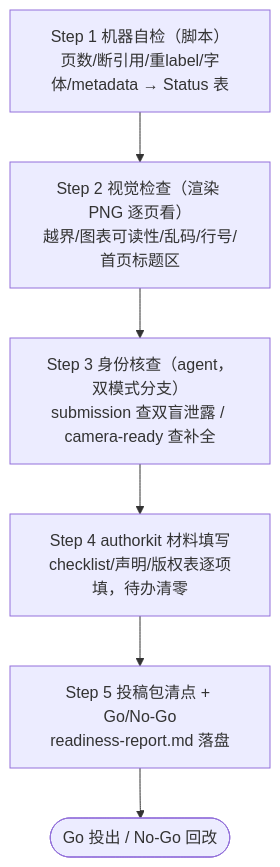
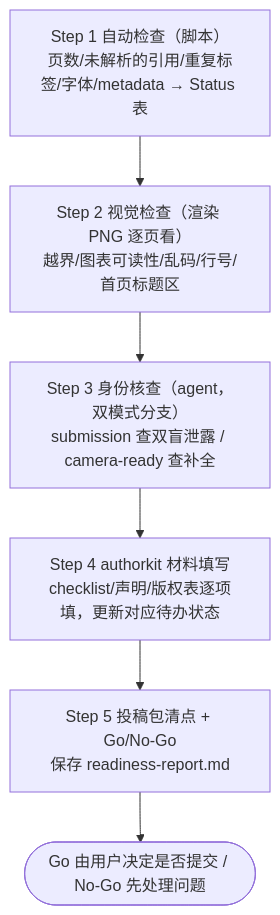
One commit to jackwang0108/dl-assistant changed the second of 2 diagrams in plugins/dl-assistant/skills/writing-paper-submission/SKILL.md. Above: the diagram before and after it, drawn with Mermaid. The commit also changed other lines of this file and 143 other files, not shown here.

````diff
--- a/plugins/dl-assistant/skills/writing-paper-submission/SKILL.md
+++ b/plugins/dl-assistant/skills/writing-paper-submission/SKILL.md
@@ -87,9 +87,9 @@
 ```mermaid
 flowchart TD
-    S1["Step 1 机器自检（脚本）<br/>页数/断引用/重label/字体/metadata → Status 表"]
+    S1["Step 1 自动检查（脚本）<br/>页数/未解析的引用/重复标签/字体/metadata → Status 表"]
     S1 --> S2["Step 2 视觉检查（渲染 PNG 逐页看）<br/>越界/图表可读性/乱码/行号/首页标题区"]
     S2 --> S3["Step 3 身份核查（agent，双模式分支）<br/>submission 查双盲泄露 / camera-ready 查补全"]
-    S3 --> S4["Step 4 authorkit 材料填写<br/>checklist/声明/版权表逐项填，待办清零"]
-    S4 --> S5["Step 5 投稿包清点 + Go/No-Go<br/>readiness-report.md 落盘"]
-    S5 --> END([Go 投出 / No-Go 回改])
+    S3 --> S4["Step 4 authorkit 材料填写<br/>checklist/声明/版权表逐项填，更新对应待办状态"]
+    S4 --> S5["Step 5 投稿包清点 + Go/No-Go<br/>保存 readiness-report.md"]
+    S5 --> END([Go 由用户决定是否提交 / No-Go 先处理问题])
 ```
````
